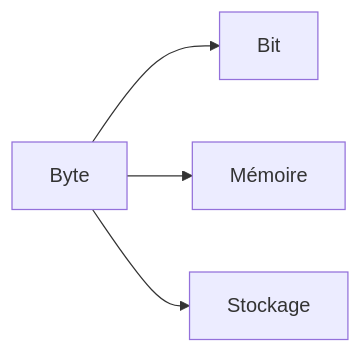
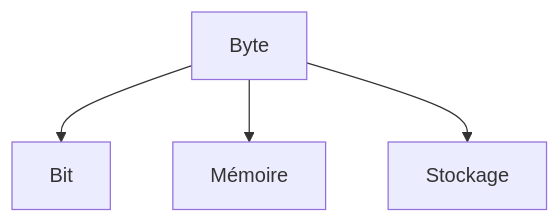
Before and after one commit to zyrass/omnydocs: the seventh of 38 diagrams in docs/glossaire/bases-fondamentales.md, drawn with Mermaid. The commit also changed other lines of this file and 1780 other files, not shown here.

````diff
--- a/docs/glossaire/bases-fondamentales.md
+++ b/docs/glossaire/bases-fondamentales.md
@@ -138,6 +168,6 @@
-    ```mermaid
-    graph LR
-        A[Byte] --> B[Bit]
-        A --> C[Mémoire]
-        A --> D[Stockage]
-    ```
+```mermaid
+graph TB
+    A[Byte] --> B[Bit]
+    A --> C[Mémoire]
+    A --> D[Stockage]
+```
````
